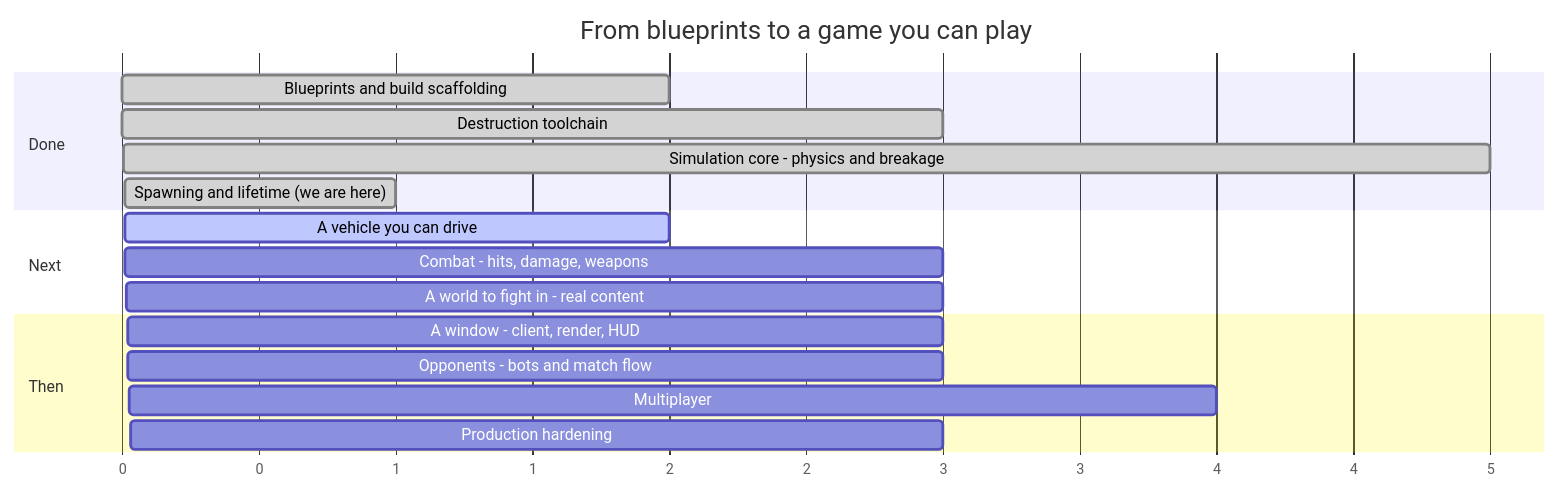
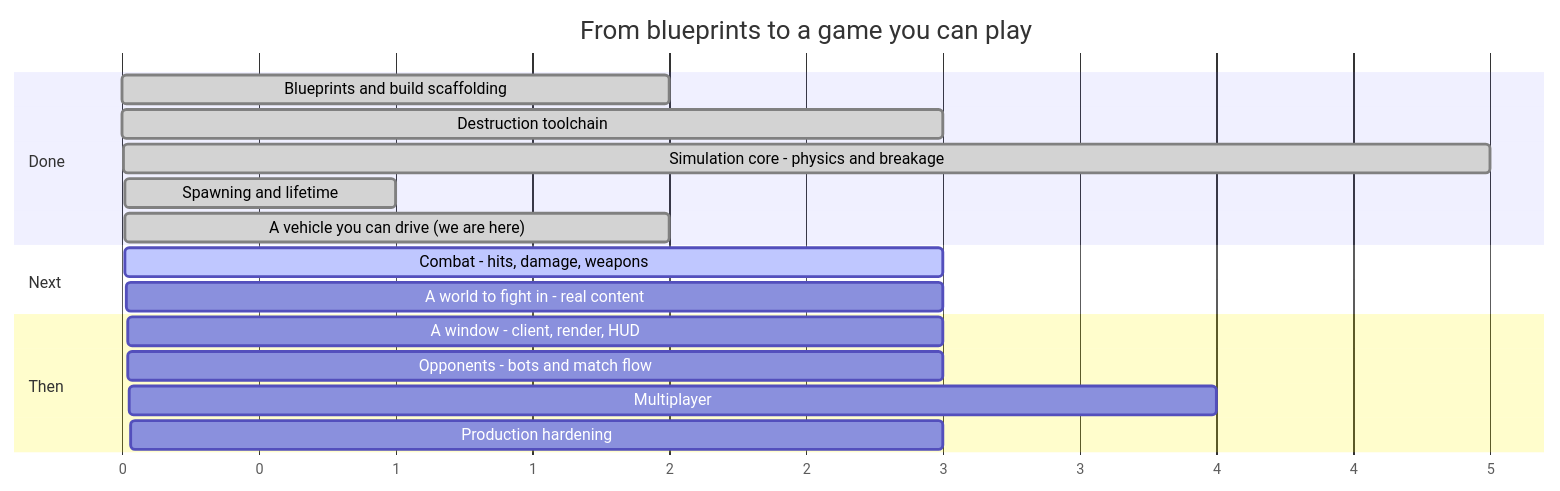
Before and after one commit to RobLobsta/Syndicate: the diagram in ROADMAP.md, drawn with Mermaid. The commit also changed other lines of this file and 47 other files, not shown here.

````diff
--- a/ROADMAP.md
+++ b/ROADMAP.md
@@ -15,23 +15,23 @@
 ```mermaid
 gantt
     title From blueprints to a game you can play
     dateFormat X
     axisFormat %s
 
     section Done
     Blueprints and build scaffolding        :done, p0, 0, 2
     Destruction toolchain                   :done, p1, 2, 3
     Simulation core - physics and breakage   :done, p2, 5, 5
-    Spawning and lifetime  (we are here)    :done, p3, 10, 1
+    Spawning and lifetime                   :done, p3, 10, 1
+    A vehicle you can drive  (we are here)  :done, p4, 11, 2
 
     section Next
-    A vehicle you can drive                 :active, p4, 11, 2
-    Combat - hits, damage, weapons          :p5, 13, 3
+    Combat - hits, damage, weapons          :active, p5, 13, 3
     A world to fight in - real content      :p6, 16, 3
 
     section Then
     A window - client, render, HUD          :p7, 19, 3
     Opponents - bots and match flow         :p8, 22, 3
     Multiplayer                             :p9, 25, 4
     Production hardening                    :p10, 29, 3
 ```
````
